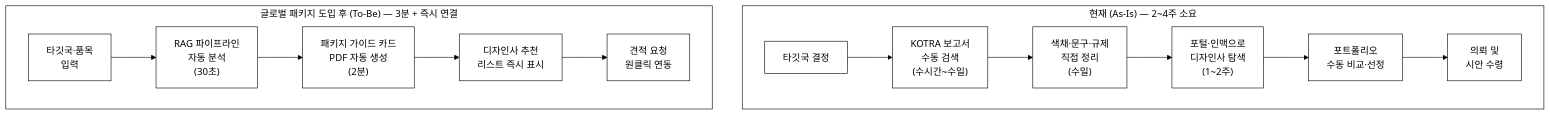
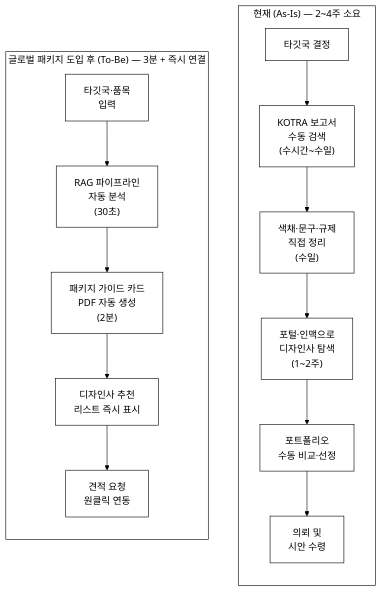
One commit to iamywl/pulicdata-congress changed the second of 5 diagrams in 21-수출-패키지디자인-매칭/biz/1_제안서.md. Above: the diagram before and after it, drawn with Mermaid. The commit also changed other lines of this file and 44 other files, not shown here.

````diff
--- a/21-수출-패키지디자인-매칭/biz/1_제안서.md
+++ b/21-수출-패키지디자인-매칭/biz/1_제안서.md
@@ -111,17 +111,19 @@
 ```mermaid
 %%{init: {'theme':'base','themeVariables':{'background':'#ffffff','primaryColor':'#ffffff','primaryBorderColor':'#000000','primaryTextColor':'#000000','secondaryColor':'#ffffff','secondaryBorderColor':'#000000','secondaryTextColor':'#000000','tertiaryColor':'#ffffff','tertiaryBorderColor':'#000000','tertiaryTextColor':'#000000','mainBkg':'#ffffff','secondBkg':'#ffffff','lineColor':'#000000','textColor':'#000000','clusterBkg':'#ffffff','clusterBorder':'#000000','edgeLabelBackground':'#ffffff','actorBkg':'#ffffff','actorBorder':'#000000','noteBkgColor':'#ffffff','noteBorderColor':'#000000','signalColor':'#000000','signalTextColor':'#000000','fontFamily':'Georgia, serif'}}}%%
 flowchart TB
     subgraph AsIs["현재 (As-Is) — 2~4주 소요"]
+        direction TB
         A1["타깃국 결정"] --> A2["KOTRA 보고서<br/>수동 검색<br/>(수시간~수일)"]
         A2 --> A3["색채·문구·규제<br/>직접 정리<br/>(수일)"]
         A3 --> A4["포털·인맥으로<br/>디자인사 탐색<br/>(1~2주)"]
         A4 --> A5["포트폴리오<br/>수동 비교·선정"]
         A5 --> A6["의뢰 및<br/>시안 수령"]
     end
     subgraph ToBe["글로벌 패키지 도입 후 (To-Be) — 3분 + 즉시 연결"]
+        direction TB
         B1["타깃국·품목<br/>입력"] --> B2["RAG 파이프라인<br/>자동 분석<br/>(30초)"]
         B2 --> B3["패키지 가이드 카드<br/>PDF 자동 생성<br/>(2분)"]
         B3 --> B4["디자인사 추천<br/>리스트 즉시 표시"]
         B4 --> B5["견적 요청<br/>원클릭 연동"]
     end
 ```
````
